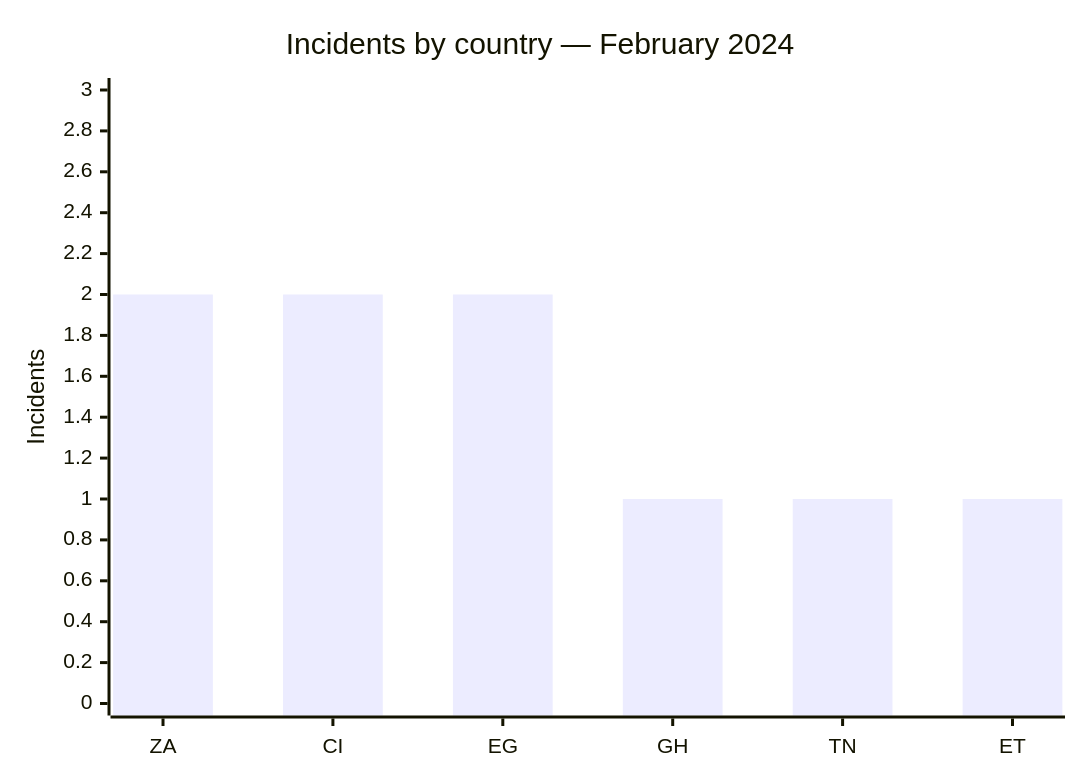
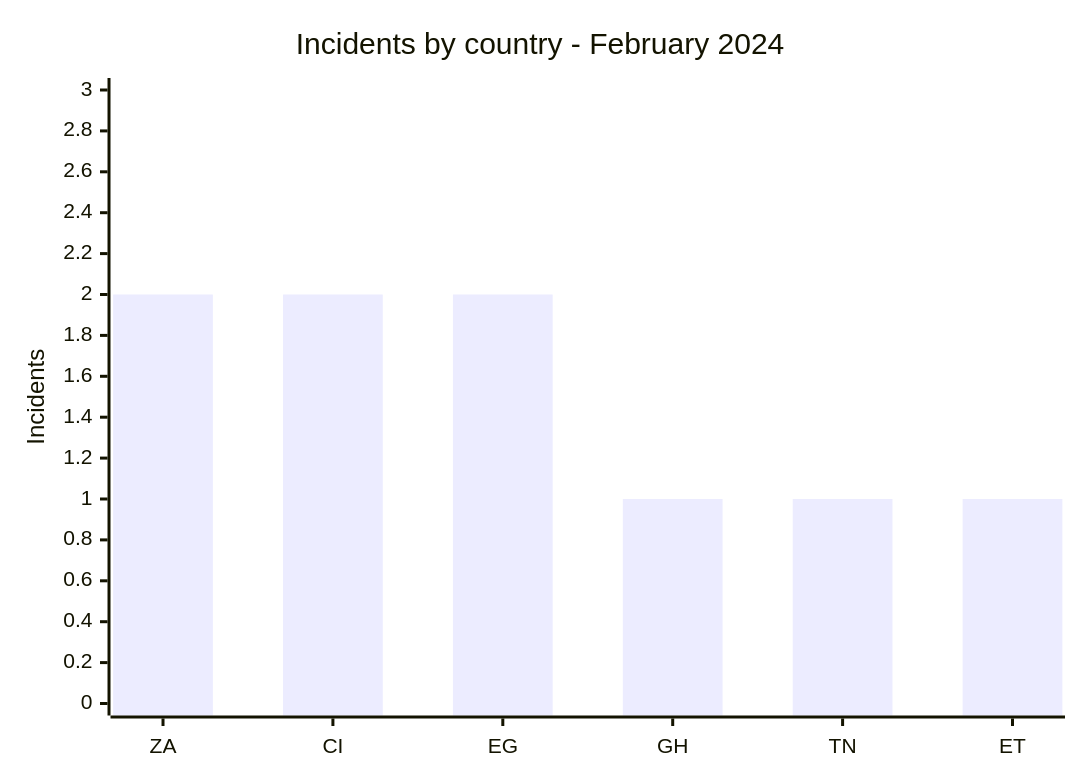
One commit to Hatchepsoute/AFRINTEL changed the first of 2 diagrams in CyberAttackAfrica/2024/02-february/README.md. Above: the diagram before and after it, drawn with Mermaid. The commit also changed other lines of this file and 182 other files, not shown here.

````diff
--- a/CyberAttackAfrica/2024/02-february/README.md
+++ b/CyberAttackAfrica/2024/02-february/README.md
@@ -46,7 +46,7 @@
 ```mermaid
 xychart
-    title "Incidents by country — February 2024"
+    title "Incidents by country - February 2024"
     x-axis ["ZA","CI","EG","GH","TN","ET"]
     y-axis "Incidents" 0 --> 3
     bar [2,2,2,1,1,1]
 ```
````
